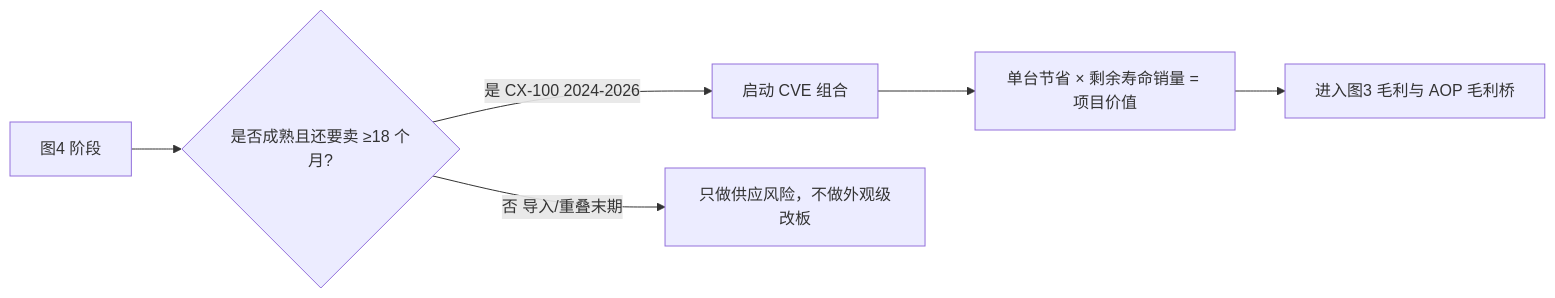
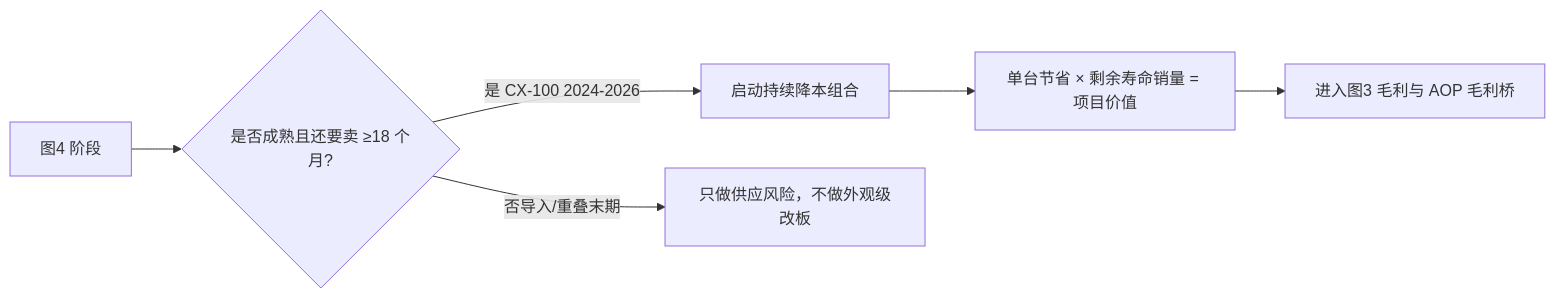
Before and after one commit to analyst2004lx/paper01: diagram 19 of 29 in 产品管理/战略和产品管理.md, drawn with Mermaid. The commit also changed other lines of this file and 2 other files, not shown here.

````diff
--- a/产品管理/战略和产品管理.md
+++ b/产品管理/战略和产品管理.md
@@ -1689,8 +1694,8 @@
 ```mermaid
 flowchart LR
     L["图4 阶段"] --> T{"是否成熟且还要卖 ≥18 个月?"}
-    T -->|是 CX-100 2024-2026| CVE["启动 CVE 组合"]
-    T -->|否 导入/重叠末期| NO["只做供应风险，不做外观级改板"]
+    T -->|是 CX-100 2024-2026| CVE["启动持续降本组合"]
+    T -->|否导入/重叠末期| NO["只做供应风险，不做外观级改板"]
     CVE --> S["单台节省 × 剩余寿命销量 = 项目价值"]
     S --> G["进入图3 毛利与 AOP 毛利桥"]
 ```
````
